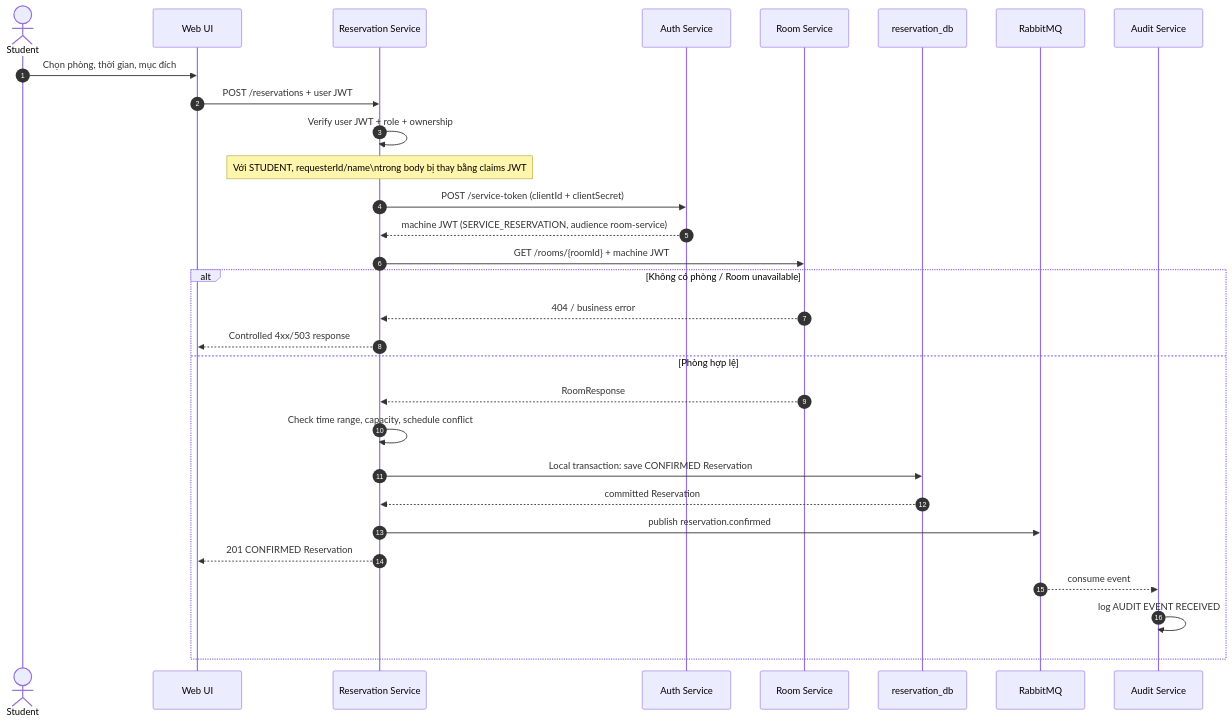
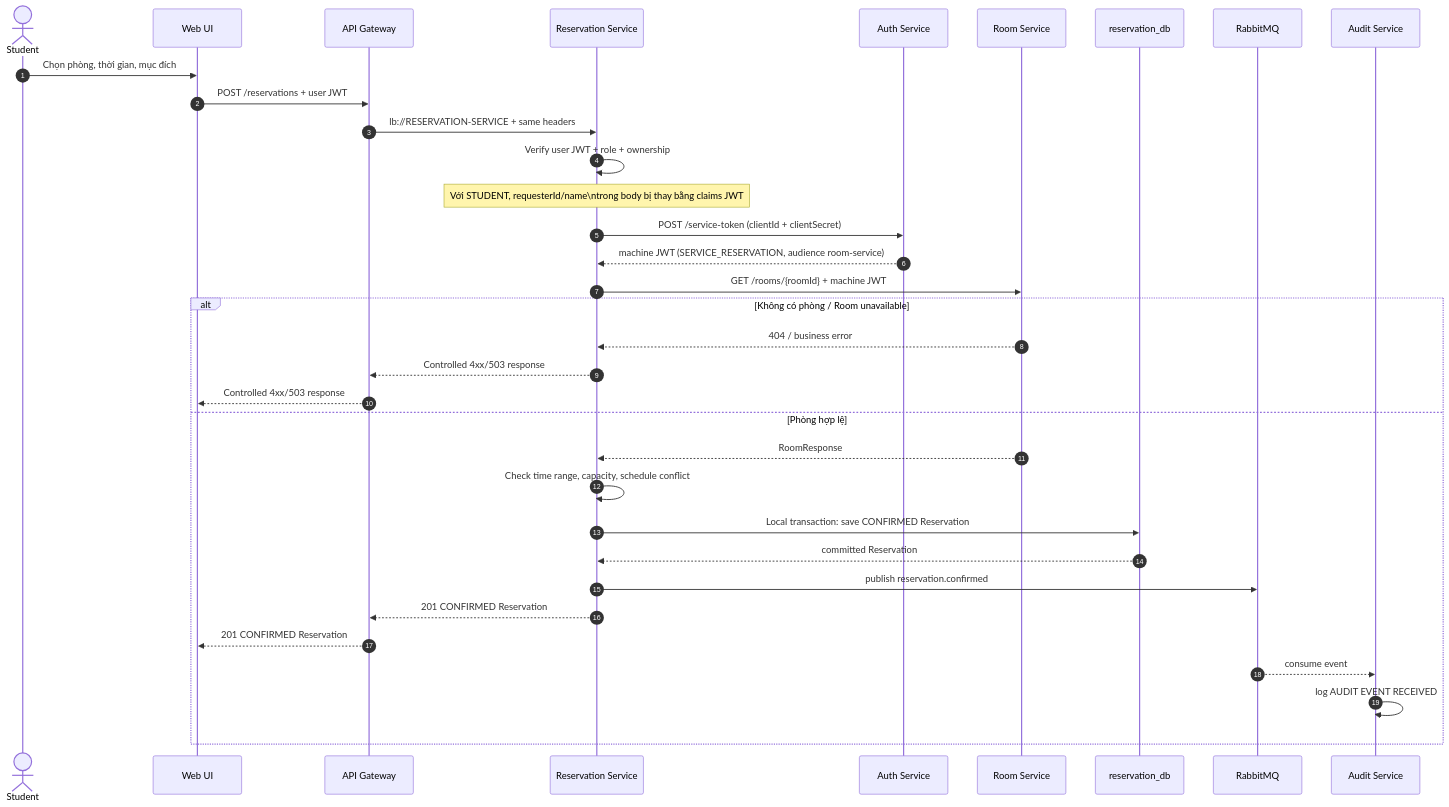
One commit to luugiabaocreate-gif/soa-room-reservation changed the fourth of 6 diagrams in README.md. Above: the diagram before and after it, drawn with Mermaid. The commit also changed other lines of this file and 44 other files, not shown here.

````diff
--- a/README.md
+++ b/README.md
@@ -175,33 +193,37 @@
 ```mermaid
 sequenceDiagram
     autonumber
     actor Student as Student
     participant UI as Web UI
+    participant GW as API Gateway
     participant RES as Reservation Service
     participant AUTH as Auth Service
     participant ROOM as Room Service
     participant RDB as reservation_db
     participant MQ as RabbitMQ
     participant AUDIT as Audit Service
 
     Student->>UI: Chọn phòng, thời gian, mục đích
-    UI->>RES: POST /reservations + user JWT
+    UI->>GW: POST /reservations + user JWT
+    GW->>RES: lb://RESERVATION-SERVICE + same headers
     RES->>RES: Verify user JWT + role + ownership
     Note over RES: Với STUDENT, requesterId/name\ntrong body bị thay bằng claims JWT
     RES->>AUTH: POST /service-token (clientId + clientSecret)
     AUTH-->>RES: machine JWT (SERVICE_RESERVATION, audience room-service)
     RES->>ROOM: GET /rooms/{roomId} + machine JWT
     alt Không có phòng / Room unavailable
         ROOM-->>RES: 404 / business error
-        RES-->>UI: Controlled 4xx/503 response
+        RES-->>GW: Controlled 4xx/503 response
+        GW-->>UI: Controlled 4xx/503 response
     else Phòng hợp lệ
         ROOM-->>RES: RoomResponse
         RES->>RES: Check time range, capacity, schedule conflict
         RES->>RDB: Local transaction: save CONFIRMED Reservation
         RDB-->>RES: committed Reservation
         RES->>MQ: publish reservation.confirmed
-        RES-->>UI: 201 CONFIRMED Reservation
+        RES-->>GW: 201 CONFIRMED Reservation
+        GW-->>UI: 201 CONFIRMED Reservation
         MQ-->>AUDIT: consume event
         AUDIT->>AUDIT: log AUDIT EVENT RECEIVED
     end
 ```
````
